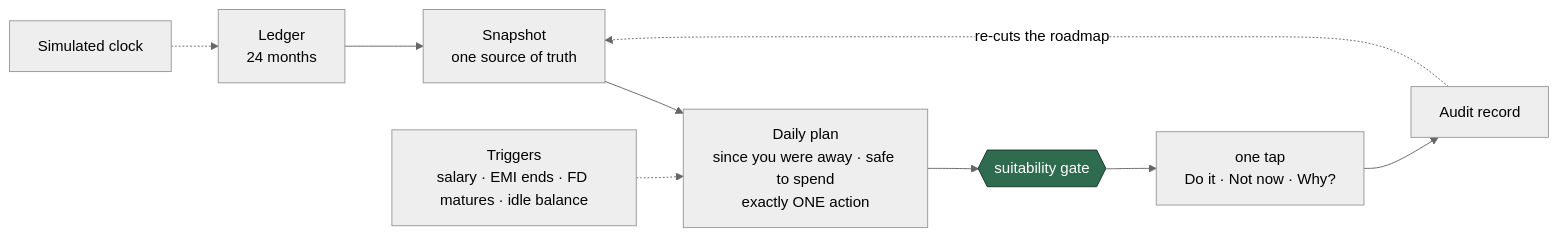
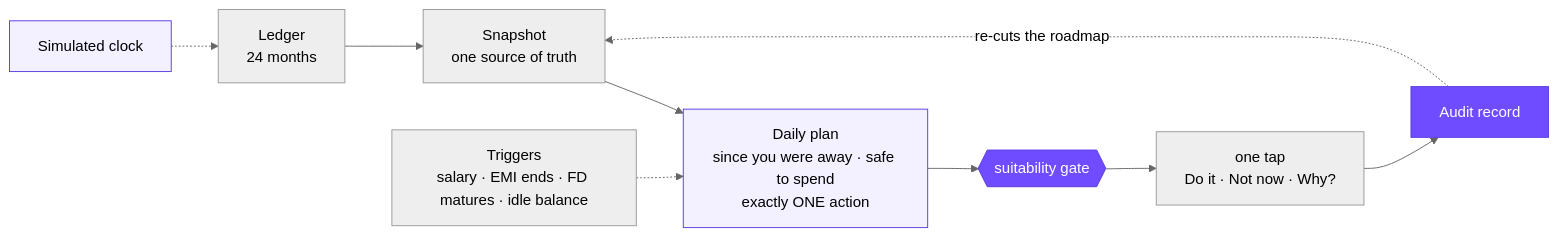
Before and after one commit to dhan-sarthi/dhan-sarthi: the fourth of 4 diagrams in README.md, drawn with Mermaid (neutral theme). The commit also changed other lines of this file, not shown here.

````diff
--- a/README.md
+++ b/README.md
@@ -156,13 +181,16 @@
 ```mermaid
 flowchart LR
     L["Ledger<br/>24 months"] --> S["Snapshot<br/>one source of truth"]
     S --> D["Daily plan<br/>since you were away · safe to spend<br/>exactly ONE action"]
     D --> G{{"suitability gate"}}
     G --> C["one tap<br/>Do it · Not now · Why?"]
     C --> A["Audit record"]
     A -. re-cuts the roadmap .-> S
     T["Triggers<br/>salary · EMI ends · FD matures · idle balance"] -.-> D
     K["Simulated clock"] -.-> L
 
-    style G fill:#2f6b4f,color:#fff,stroke:#16342a
+    style G fill:#6f4cff,color:#fff,stroke:#5a3de0
+    style A fill:#6f4cff,color:#fff,stroke:#5a3de0
+    style K fill:#f3f0ff,stroke:#5a3de0
+    style D fill:#f3f0ff,stroke:#5a3de0
 ```
````
